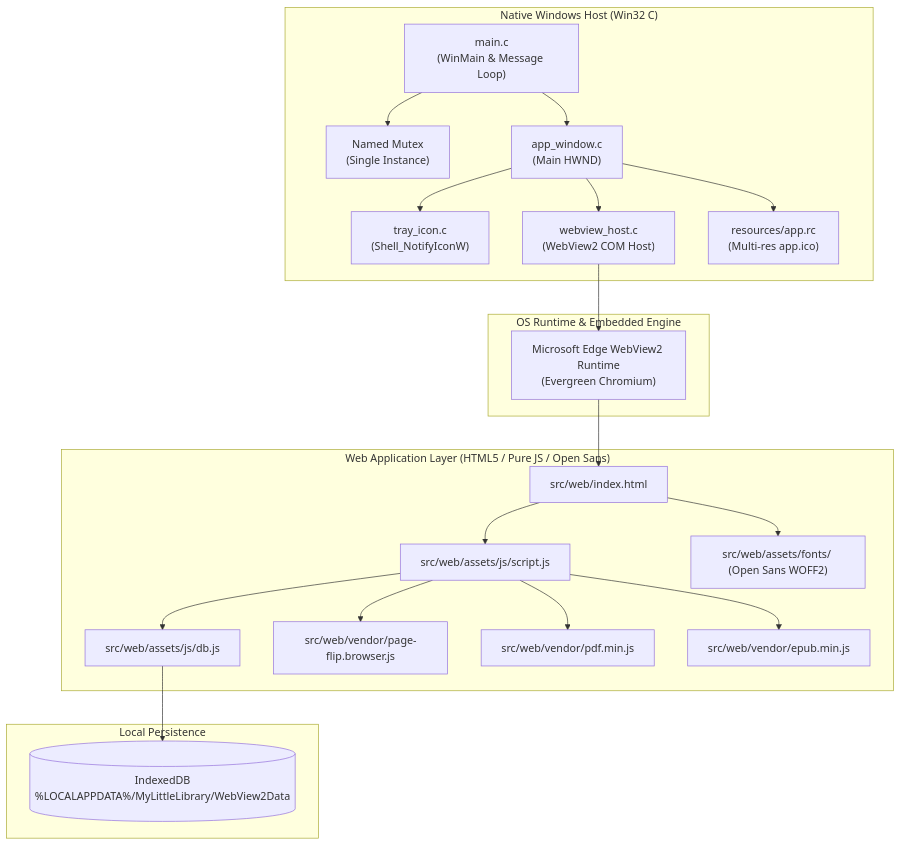
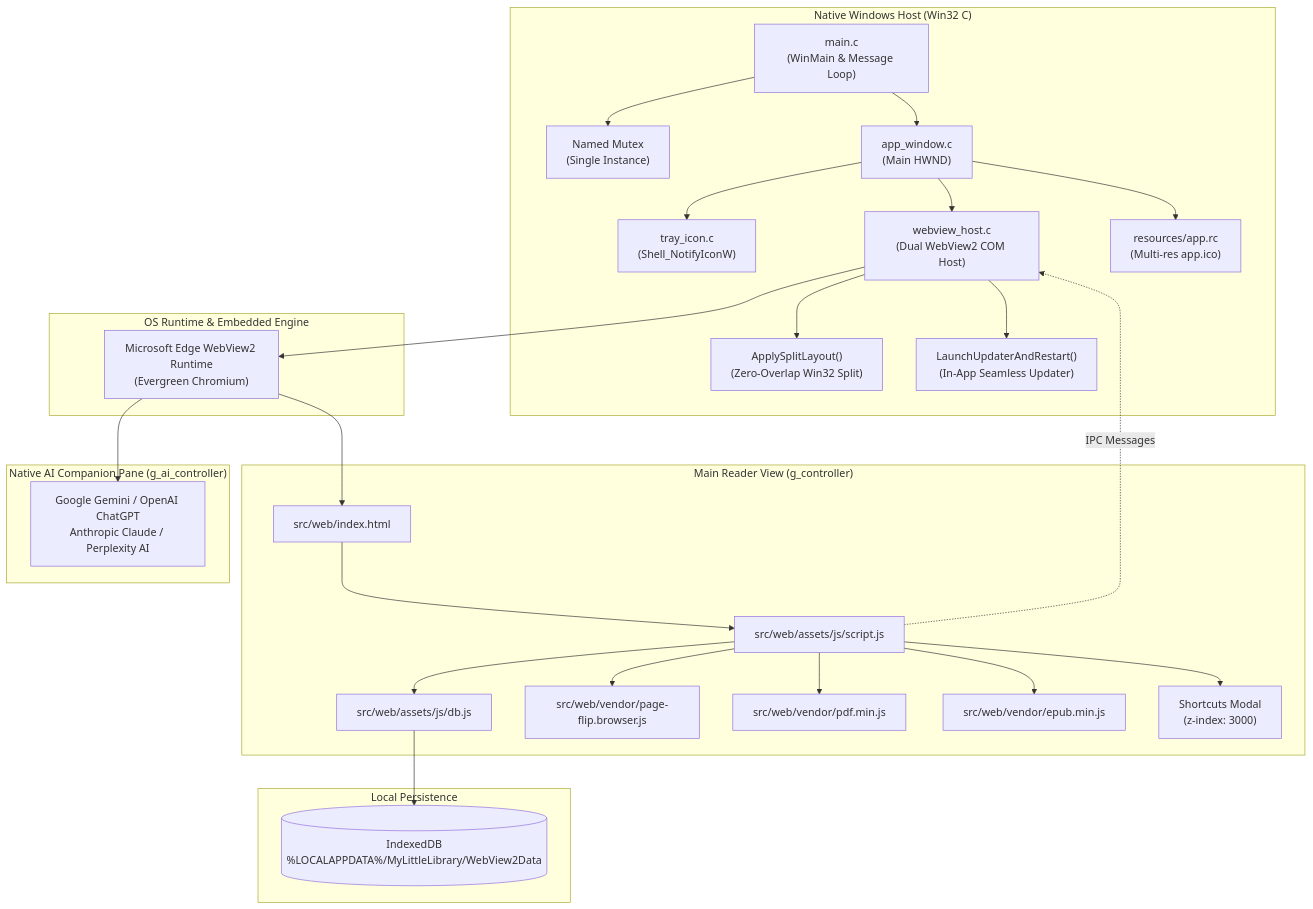
One commit to supremeinori/my-little-library-2 changed the diagram in docs/ARCHITECTURE.md. Above: the diagram before and after it, drawn with Mermaid. The commit also changed other lines of this file and 3 other files, not shown here.

Commit message:
docs: update README, CHANGELOG, architecture, and user guide for v2.2.1

````diff
--- a/docs/ARCHITECTURE.md
+++ b/docs/ARCHITECTURE.md
@@ -13,44 +13,54 @@
 ```mermaid
 graph TD
     subgraph "Native Windows Host (Win32 C)"
         Main["main.c<br/>(WinMain & Message Loop)"]
         Mutex["Named Mutex<br/>(Single Instance)"]
         Window["app_window.c<br/>(Main HWND)"]
         Tray["tray_icon.c<br/>(Shell_NotifyIconW)"]
-        WVHost["webview_host.c<br/>(WebView2 COM Host)"]
+        WVHost["webview_host.c<br/>(Dual WebView2 COM Host)"]
+        SplitLayout["ApplySplitLayout()<br/>(Zero-Overlap Win32 Split)"]
+        AutoUpdater["LaunchUpdaterAndRestart()<br/>(In-App Seamless Updater)"]
         Res["resources/app.rc<br/>(Multi-res app.ico)"]
     end
 
     subgraph "OS Runtime & Embedded Engine"
         WebViewRuntime["Microsoft Edge WebView2 Runtime<br/>(Evergreen Chromium)"]
     end
 
-    subgraph "Web Application Layer (HTML5 / Pure JS / Open Sans)"
+    subgraph "Main Reader View (g_controller)"
         Index["src/web/index.html"]
         Script["src/web/assets/js/script.js"]
         DB["src/web/assets/js/db.js"]
         Flipbook["src/web/vendor/page-flip.browser.js"]
         PDFJS["src/web/vendor/pdf.min.js"]
         EPUB["src/web/vendor/epub.min.js"]
-        Fonts["src/web/assets/fonts/ (Open Sans WOFF2)"]
+        ShortcutsModal["Shortcuts Modal<br/>(z-index: 3000)"]
+    end
+
+    subgraph "Native AI Companion Pane (g_ai_controller)"
+        AIProviders["Google Gemini / OpenAI ChatGPT<br/>Anthropic Claude / Perplexity AI"]
     end
 
     subgraph "Local Persistence"
         IDB[("IndexedDB<br/>%LOCALAPPDATA%/MyLittleLibrary/WebView2Data")]
     end
 
     Main --> Mutex
     Main --> Window
     Window --> Tray
     Window --> WVHost
     Window --> Res
+    WVHost --> SplitLayout
+    WVHost --> AutoUpdater
     WVHost --> WebViewRuntime
     WebViewRuntime --> Index
+    WebViewRuntime --> AIProviders
     Index --> Script
-    Index --> Fonts
     Script --> DB
     Script --> Flipbook
     Script --> PDFJS
     Script --> EPUB
+    Script --> ShortcutsModal
     DB --> IDB
+    Script -. IPC Messages .-> WVHost
 ```
````
